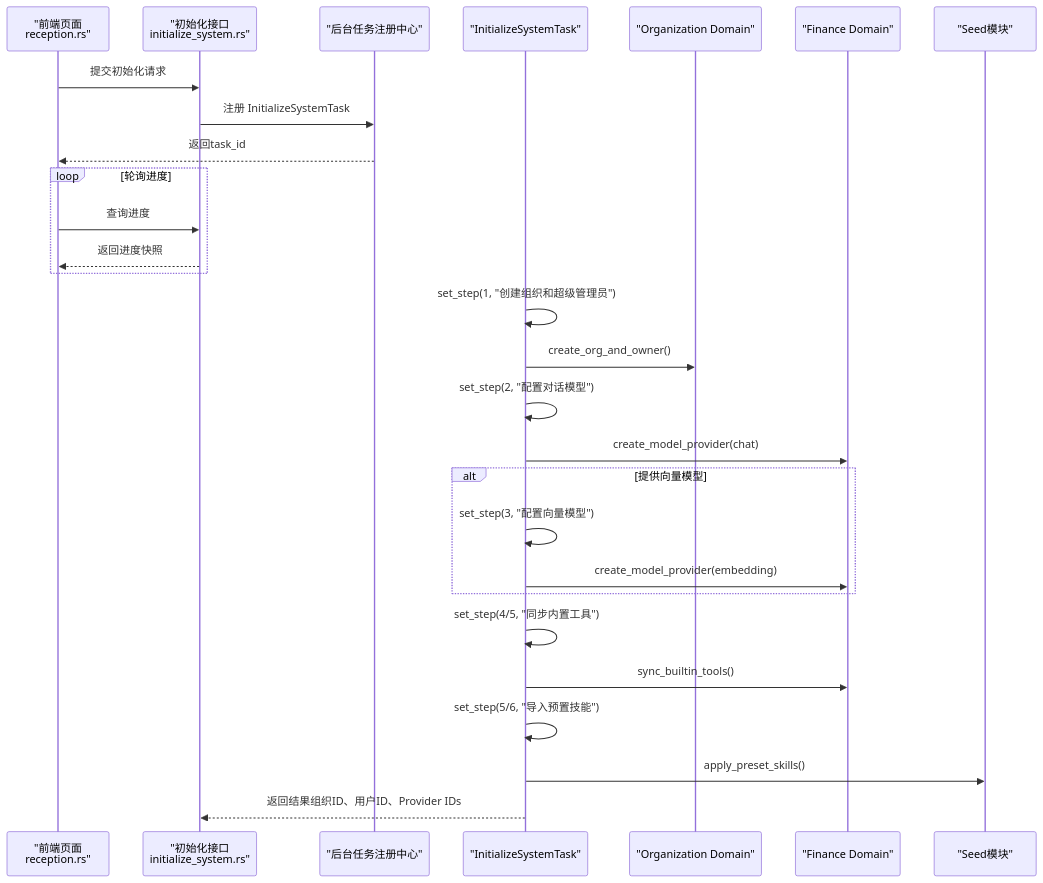
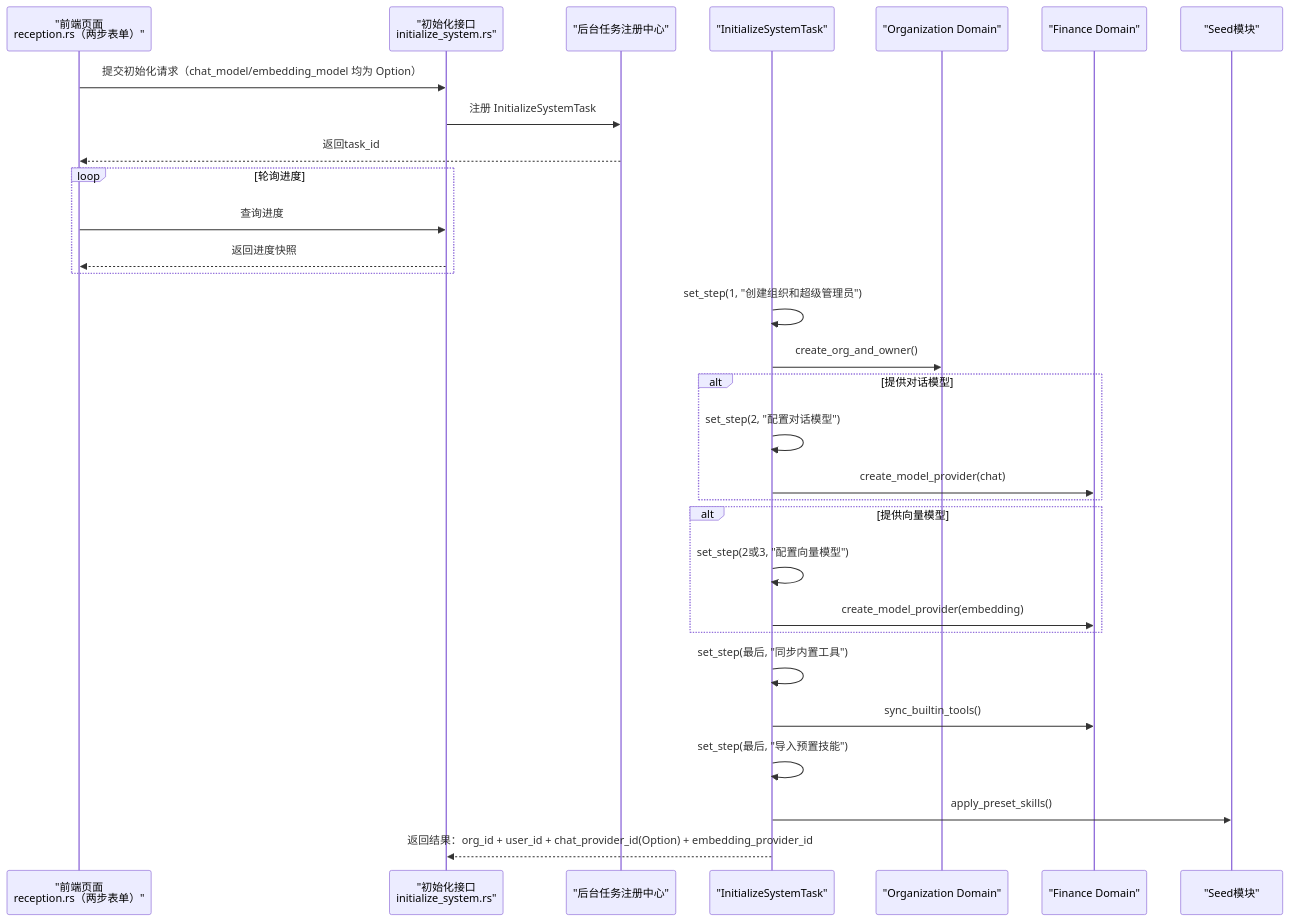
One commit to runningcoders/ai_orz changed the seventh of 8 diagrams in docs/wiki/zh/content/功能模块/用户与组织管理/系统初始化.md. Above: the diagram before and after it, drawn with Mermaid. The commit also changed other lines of this file and 11 other files, not shown here.

````diff
--- a/docs/wiki/zh/content/功能模块/用户与组织管理/系统初始化.md
+++ b/docs/wiki/zh/content/功能模块/用户与组织管理/系统初始化.md
@@ -394,30 +396,32 @@
 ```mermaid
 sequenceDiagram
-participant FE as "前端页面<br/>reception.rs"
+participant FE as "前端页面<br/>reception.rs（两步表单）"
 participant API as "初始化接口<br/>initialize_system.rs"
 participant RT as "后台任务注册中心"
 participant T as "InitializeSystemTask"
 participant Org as "Organization Domain"
 participant Fin as "Finance Domain"
 participant Seed as "Seed模块"
-FE->>API : 提交初始化请求
+FE->>API : 提交初始化请求（chat_model/embedding_model 均为 Option）
 API->>RT : 注册 InitializeSystemTask
 RT-->>FE : 返回task_id
 loop 轮询进度
 FE->>API : 查询进度
 API-->>FE : 返回进度快照
 end
 T->>T : set_step(1, "创建组织和超级管理员")
 T->>Org : create_org_and_owner()
+alt 提供对话模型
 T->>T : set_step(2, "配置对话模型")
 T->>Fin : create_model_provider(chat)
+end
 alt 提供向量模型
-T->>T : set_step(3, "配置向量模型")
+T->>T : set_step(2或3, "配置向量模型")
 T->>Fin : create_model_provider(embedding)
 end
-T->>T : set_step(4/5, "同步内置工具")
+T->>T : set_step(最后, "同步内置工具")
 T->>Fin : sync_builtin_tools()
-T->>T : set_step(5/6, "导入预置技能")
+T->>T : set_step(最后, "导入预置技能")
 T->>Seed : apply_preset_skills()
-T-->>API : 返回结果组织ID、用户ID、Provider IDs
+T-->>API : 返回结果：org_id + user_id + chat_provider_id(Option) + embedding_provider_id
 ```
````
